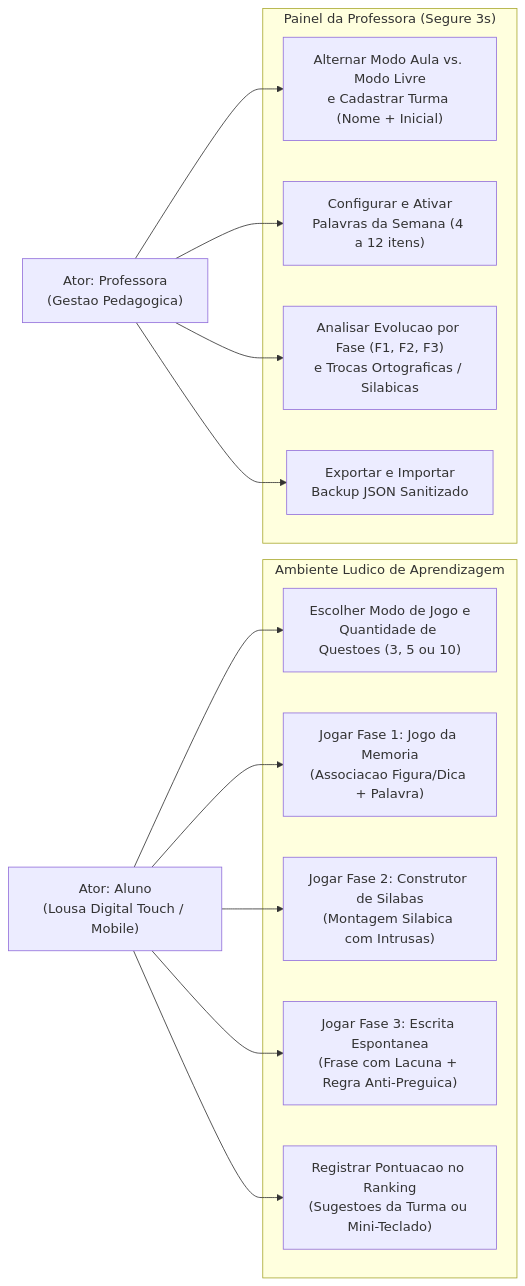
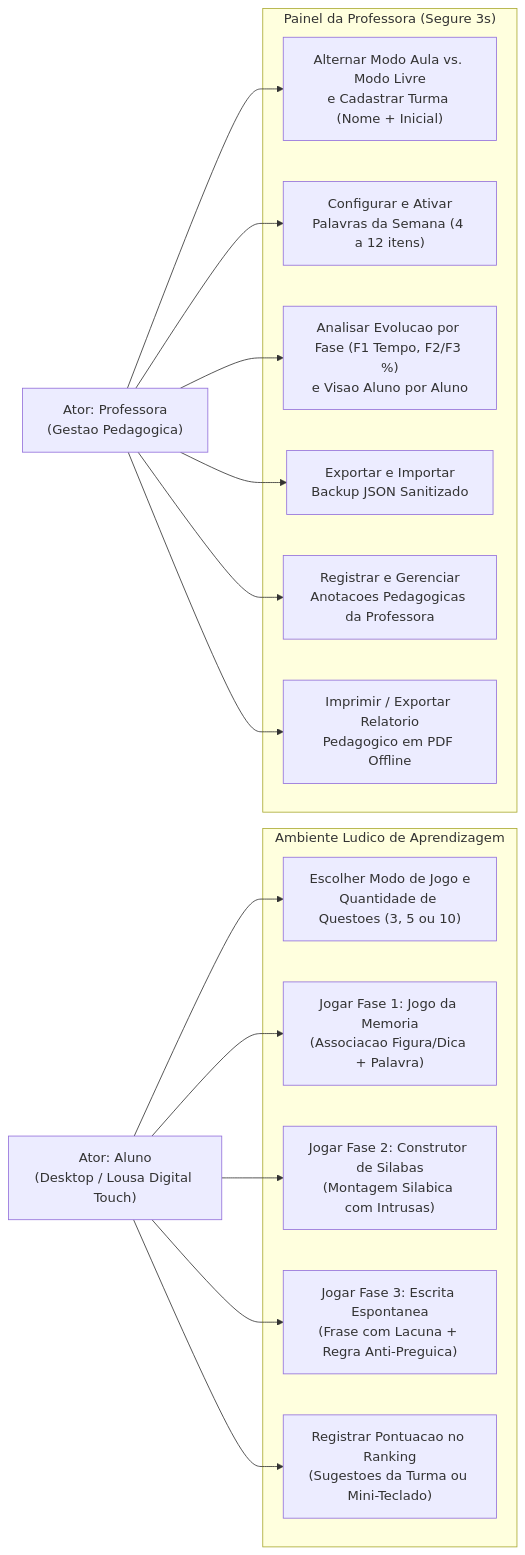
The diagram in docs/REQUISITOS.md (joaodoamaral6/jogo-saude-bucal), drawn with Mermaid before and after one commit. The commit also changed other lines of this file and 15 other files, not shown here.

Commit message:
feat: fechar versao v2.1.3 (tempo F1, aluno por aluno, anotacoes, PDF, mascote e revisao BNCC)

````diff
--- a/docs/REQUISITOS.md
+++ b/docs/REQUISITOS.md
@@ -20,31 +20,35 @@
 ```mermaid
 flowchart LR
-    Aluno["Ator: Aluno\n(Lousa Digital Touch / Mobile)"]
+    Aluno["Ator: Aluno\n(Desktop / Lousa Digital Touch)"]
     Professora["Ator: Professora\n(Gestao Pedagogica)"]
 
     subgraph Jogo["Ambiente Ludico de Aprendizagem"]
         UC01["Escolher Modo de Jogo e\nQuantidade de Questoes (3, 5 ou 10)"]
         UC02["Jogar Fase 1: Jogo da Memoria\n(Associacao Figura/Dica + Palavra)"]
         UC03["Jogar Fase 2: Construtor de Silabas\n(Montagem Silabica com Intrusas)"]
         UC04["Jogar Fase 3: Escrita Espontanea\n(Frase com Lacuna + Regra Anti-Preguica)"]
         UC05["Registrar Pontuacao no Ranking\n(Sugestoes da Turma ou Mini-Teclado)"]
     end
 
     subgraph Painel["Painel da Professora (Segure 3s)"]
         UC06["Alternar Modo Aula vs. Modo Livre\ne Cadastrar Turma (Nome + Inicial)"]
         UC07["Configurar e Ativar\nPalavras da Semana (4 a 12 itens)"]
-        UC08["Analisar Evolucao por Fase (F1, F2, F3)\ne Trocas Ortograficas / Silabicas"]
+        UC08["Analisar Evolucao por Fase (F1 Tempo, F2/F3 %)\ne Visao Aluno por Aluno"]
         UC09["Exportar e Importar\nBackup JSON Sanitizado"]
+        UC10["Registrar e Gerenciar\nAnotacoes Pedagogicas da Professora"]
+        UC11["Imprimir / Exportar Relatorio\nPedagogico em PDF Offline"]
     end
 
     Aluno --> UC01
     Aluno --> UC02
     Aluno --> UC03
     Aluno --> UC04
     Aluno --> UC05
 
     Professora --> UC06
     Professora --> UC07
     Professora --> UC08
     Professora --> UC09
+    Professora --> UC10
+    Professora --> UC11
 ```
````
